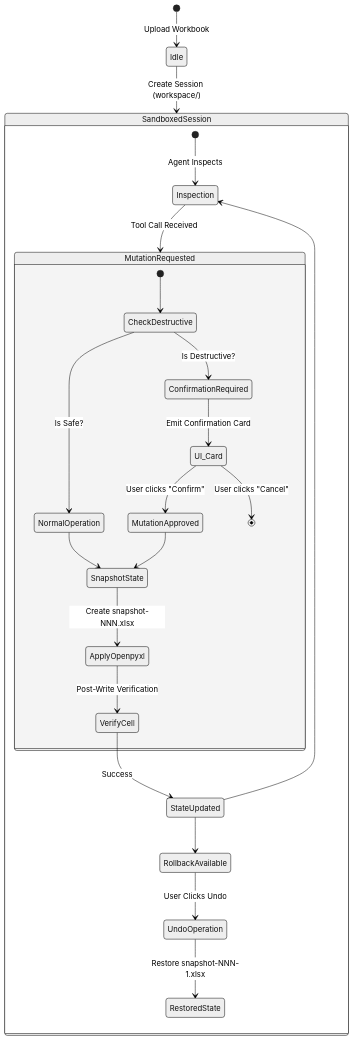
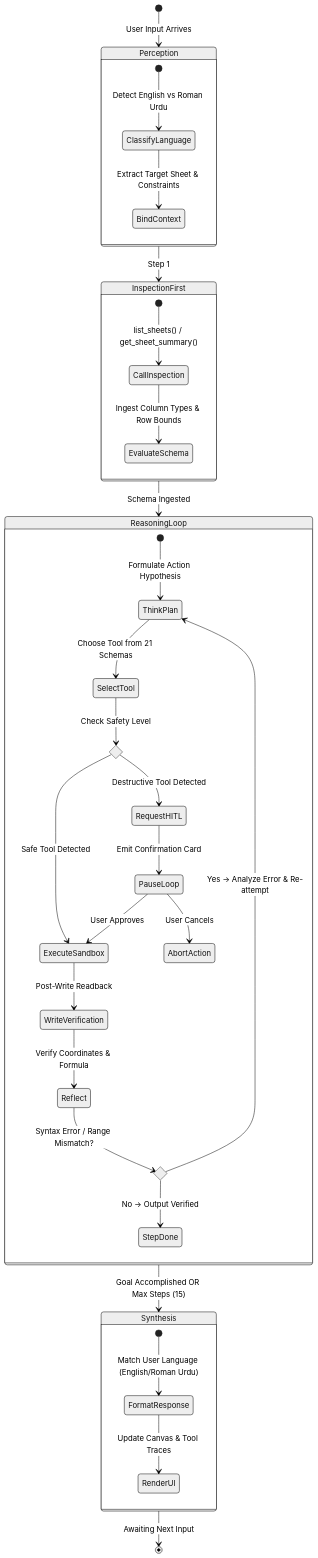
The second of 5 diagrams in SPEC.md (SainBux-HadiSeelro/excel-ai-agent), drawn with Mermaid (neutral theme) before and after one commit. The commit also changed other lines of this file, not shown here.

Commit message:
docs: modernize SPEC.md with IEEE standards, ReAct state diagrams, STRIDE threat model, and token budget SLAs

````diff
--- a/SPEC.md
+++ b/SPEC.md
@@ -200,32 +116,50 @@
 ```mermaid
 stateDiagram-v2
-    [*] --> Idle: Upload Workbook
-    Idle --> SandboxedSession: Create Session (workspace/<session_id>)
+    [*] --> Perception: User Input Arrives
     
-    state SandboxedSession {
-        [*] --> Inspection: Agent Inspects
-        Inspection --> MutationRequested: Tool Call Received
+    state Perception {
+        [*] --> ClassifyLanguage: Detect English vs Roman Urdu
+        ClassifyLanguage --> BindContext: Extract Target Sheet & Constraints
+    }
+    
+    Perception --> InspectionFirst: Step 1
+    
+    state InspectionFirst {
+        [*] --> CallInspection: list_sheets() / get_sheet_summary()
+        CallInspection --> EvaluateSchema: Ingest Column Types & Row Bounds
+    }
+    
+    InspectionFirst --> ReasoningLoop: Schema Ingested
+    
+    state ReasoningLoop {
+        [*] --> ThinkPlan: Formulate Action Hypothesis
+        ThinkPlan --> SelectTool: Choose Tool from 21 Schemas
         
-        state MutationRequested {
-            [*] --> CheckDestructive
-            CheckDestructive --> NormalOperation: Is Safe?
-            CheckDestructive --> ConfirmationRequired: Is Destructive?
-            
-            ConfirmationRequired --> UI_Card: Emit Confirmation Card
-            UI_Card --> MutationApproved: User clicks "Confirm"
-            UI_Card --> [*]: User clicks "Cancel"
-            
-            NormalOperation --> SnapshotState
-            MutationApproved --> SnapshotState
-            
-            SnapshotState --> ApplyOpenpyxl: Create snapshot-NNN.xlsx
-            ApplyOpenpyxl --> VerifyCell: Post-Write Verification
-            VerifyCell --> StateUpdated: Success
-        }
+        state IsDestructive <<choice>>
+        SelectTool --> IsDestructive: Check Safety Level
         
-        StateUpdated --> Inspection
-        StateUpdated --> RollbackAvailable
-        RollbackAvailable --> UndoOperation: User Clicks Undo
-        UndoOperation --> RestoredState: Restore snapshot-NNN-1.xlsx
+        IsDestructive --> RequestHITL: Destructive Tool Detected
+        IsDestructive --> ExecuteSandbox: Safe Tool Detected
+        
+        RequestHITL --> PauseLoop: Emit Confirmation Card
+        PauseLoop --> ExecuteSandbox: User Approves
+        PauseLoop --> AbortAction: User Cancels
+        
+        ExecuteSandbox --> WriteVerification: Post-Write Readback
+        WriteVerification --> Reflect: Verify Coordinates & Formula
+        
+        state SelfCorrect <<choice>>
+        Reflect --> SelfCorrect: Syntax Error / Range Mismatch?
+        SelfCorrect --> ThinkPlan: Yes -> Analyze Error & Re-attempt
+        SelfCorrect --> StepDone: No -> Output Verified
     }
+    
+    ReasoningLoop --> Synthesis: Goal Accomplished OR Max Steps (15)
+    
+    state Synthesis {
+        [*] --> FormatResponse: Match User Language (English/Roman Urdu)
+        FormatResponse --> RenderUI: Update Canvas & Tool Traces
+    }
+    
+    Synthesis --> [*]: Awaiting Next Input
 ```
````
